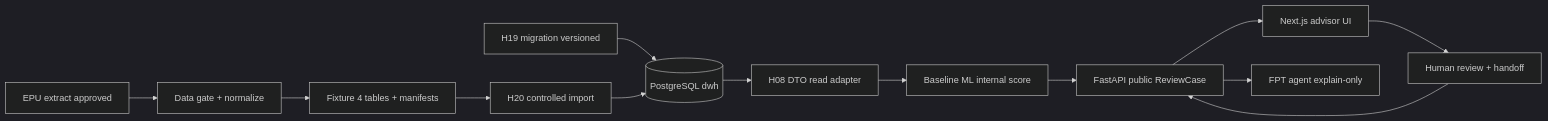
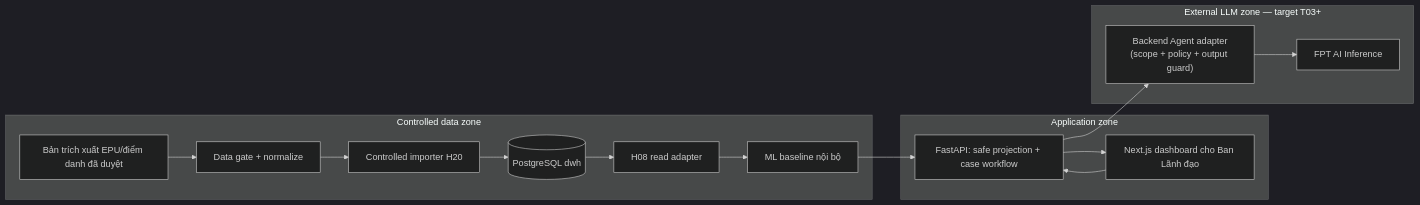
One commit to phanthutrang410/ABG_team changed the first of 4 diagrams in docs/04-engineering/05-system-architecture.md. Above: the diagram before and after it, drawn with Mermaid (dark theme). The commit also changed other lines of this file and 17 other files, not shown here.

````diff
--- a/docs/04-engineering/05-system-architecture.md
+++ b/docs/04-engineering/05-system-architecture.md
@@ -31,15 +38,21 @@
 ```mermaid
 flowchart LR
-  EPU[EPU extract approved] --> Gate[Data gate + normalize]
-  Gate --> Fix[Fixture 4 tables + manifests]
-  Mig[H19 migration versioned] --> DWH[(PostgreSQL dwh)]
-  Fix --> Load[H20 controlled import]
-  Load --> DWH
-  DWH --> Imp[H08 DTO read adapter]
-  Imp --> ML[Baseline ML internal score]
-  ML --> API[FastAPI public ReviewCase]
-  API --> UI[Next.js advisor UI]
-  API --> Agt[FPT agent explain-only]
-  UI --> Care[Human review + handoff]
-  Care --> API
+  subgraph Z1[Controlled data zone]
+    EPU["Bản trích xuất EPU/điểm danh đã duyệt"] --> Gate["Data gate + normalize"]
+    Gate --> Import["Controlled importer H20"]
+    Import --> DWH[("PostgreSQL dwh")]
+    DWH --> Adapter["H08 read adapter"]
+    Adapter --> ML["ML baseline nội bộ"]
+  end
+
+  subgraph Z2[Application zone]
+    ML --> API["FastAPI: safe projection + case workflow"]
+    API --> UI["Next.js dashboard cho Ban Lãnh đạo"]
+    UI --> API
+  end
+
+  subgraph Z3[External LLM zone — target T03+]
+    API --> Agent["Backend Agent adapter\n(scope + policy + output guard)"]
+    Agent --> FPT["FPT AI Inference"]
+  end
 ```
````
